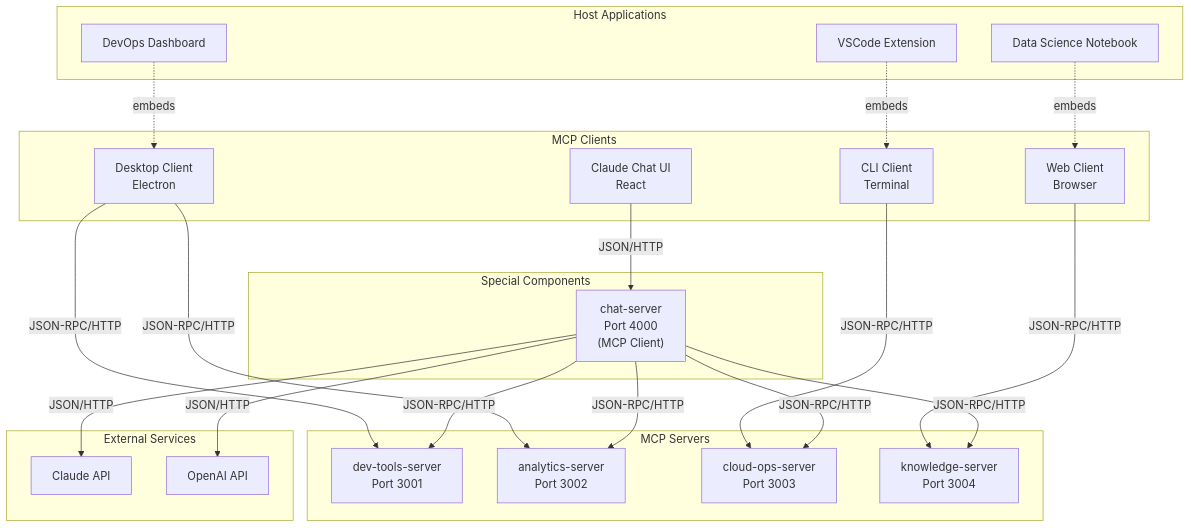
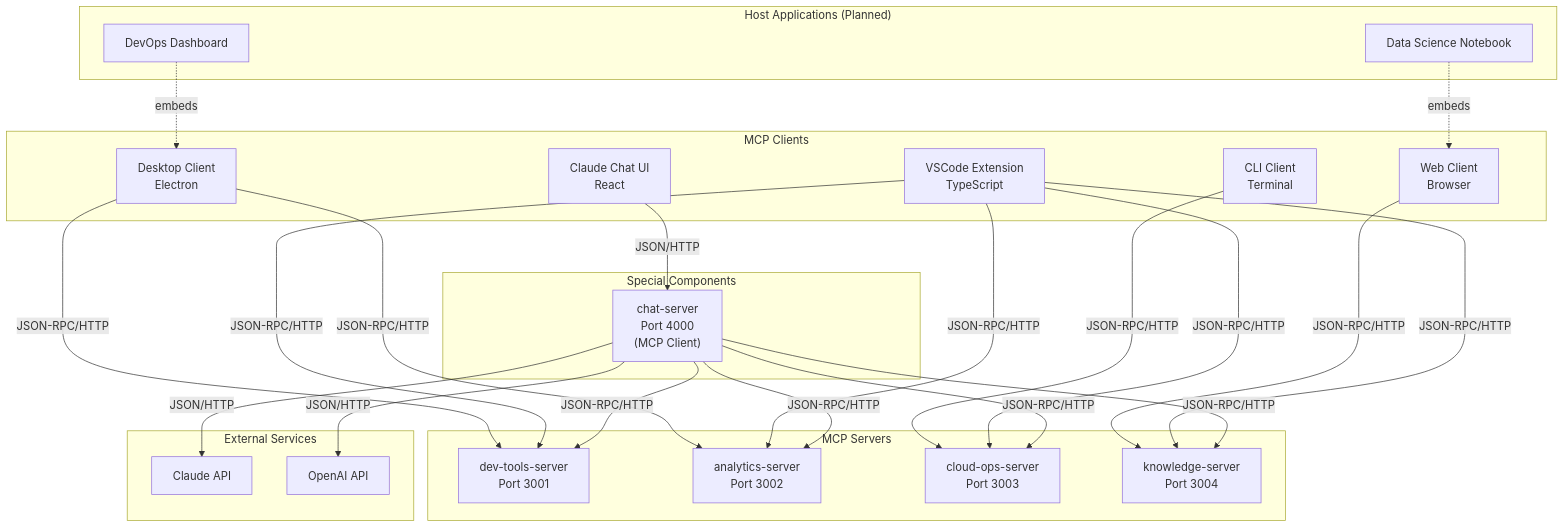
The first of 23 diagrams in ARCHITECTURE_DIAGRAMS.md (chief-builder/mcp-typescript-demo), drawn with Mermaid before and after one commit. The commit also changed other lines of this file and 25 other files, not shown here.

First line of the commit message:
feat: add VSCode extension and update documentation

````diff
--- a/ARCHITECTURE_DIAGRAMS.md
+++ b/ARCHITECTURE_DIAGRAMS.md
@@ -18,53 +18,58 @@
 ```mermaid
 graph TB
-    subgraph HostApps ["Host Applications"]
-        VSCode[VSCode Extension]
-        Notebook[Data Science Notebook]
-        DevOps[DevOps Dashboard]
-    end
-
     subgraph MCPClients ["MCP Clients"]
         Desktop["Desktop Client<br/>Electron"]
         CLI["CLI Client<br/>Terminal"]
         Web["Web Client<br/>Browser"]
         Claude["Claude Chat UI<br/>React"]
+        VSCode["VSCode Extension<br/>TypeScript"]
+    end
+
+    subgraph HostApps ["Host Applications (Planned)"]
+        Notebook[Data Science Notebook]
+        DevOps[DevOps Dashboard]
     end
 
     subgraph MCPServers ["MCP Servers"]
         DevTools["dev-tools-server<br/>Port 3001"]
         Analytics["analytics-server<br/>Port 3002"]
         CloudOps["cloud-ops-server<br/>Port 3003"]
         Knowledge["knowledge-server<br/>Port 3004"]
     end
 
     subgraph SpecialComponents ["Special Components"]
         ChatServer["chat-server<br/>Port 4000<br/>(MCP Client)"]
     end
 
     subgraph ExternalServices ["External Services"]
         LLM1[Claude API]
         LLM2[OpenAI API]
     end
 
-    %% Host to Client connections
-    VSCode -.->|embeds| CLI
+    %% Host to Client connections (Planned)
     Notebook -.->|embeds| Web
     DevOps -.->|embeds| Desktop
 
     %% Client to Server connections
     Desktop -->|JSON-RPC/HTTP| DevTools
     Desktop -->|JSON-RPC/HTTP| Analytics
     CLI -->|JSON-RPC/HTTP| CloudOps
     Web -->|JSON-RPC/HTTP| Knowledge
     Claude -->|JSON/HTTP| ChatServer
+    
+    %% VSCode Extension connections
+    VSCode -->|JSON-RPC/HTTP| DevTools
+    VSCode -->|JSON-RPC/HTTP| Analytics
+    VSCode -->|JSON-RPC/HTTP| CloudOps
+    VSCode -->|JSON-RPC/HTTP| Knowledge
 
     %% Chat Server as Client connections
     ChatServer -->|JSON-RPC/HTTP| DevTools
     ChatServer -->|JSON-RPC/HTTP| Analytics
     ChatServer -->|JSON-RPC/HTTP| CloudOps
     ChatServer -->|JSON-RPC/HTTP| Knowledge
 
     %% LLM connections
     ChatServer -->|JSON/HTTP| LLM1
     ChatServer -->|JSON/HTTP| LLM2
 ```
````
